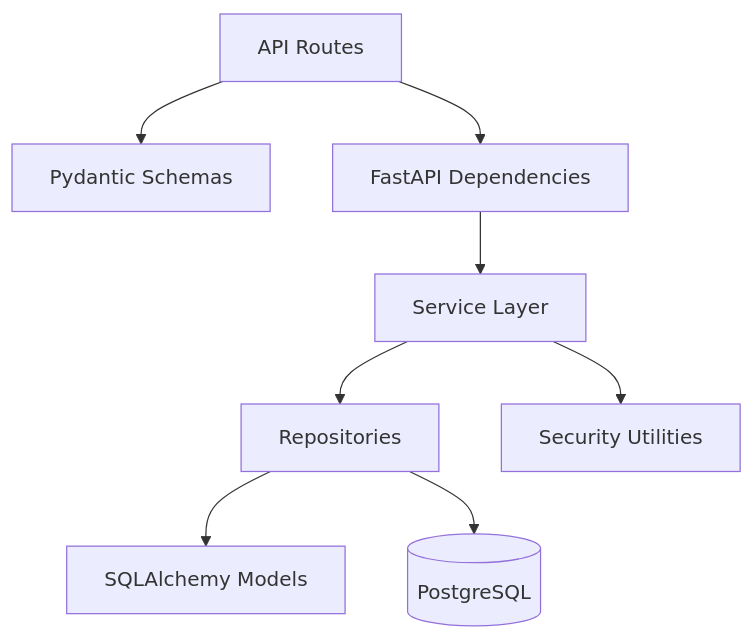
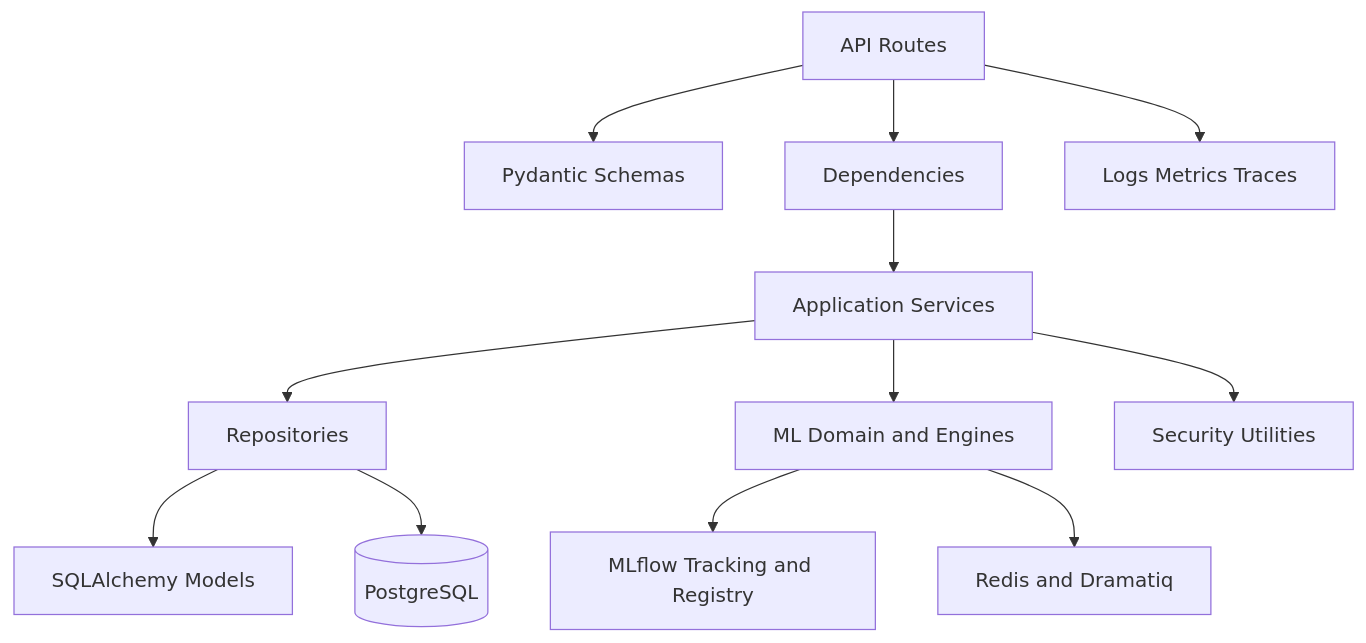
One commit to fariskishtah/enterprise-ai-platform changed the second of 10 diagrams in docs/architecture.md. Above: the diagram before and after it, drawn with Mermaid. The commit also changed other lines of this file and 3 other files, not shown here.

````diff
--- a/docs/architecture.md
+++ b/docs/architecture.md
@@ -49,10 +103,14 @@
 ```mermaid
 flowchart TB
     Routes[API Routes] --> Schemas[Pydantic Schemas]
-    Routes --> Dependencies[FastAPI Dependencies]
-    Dependencies --> Services[Service Layer]
+    Routes --> Dependencies[Dependencies]
+    Dependencies --> Services[Application Services]
     Services --> Repositories[Repositories]
     Repositories --> Models[SQLAlchemy Models]
     Repositories --> Database[(PostgreSQL)]
+    Services --> MLDomain[ML Domain and Engines]
+    MLDomain --> Tracking[MLflow Tracking and Registry]
+    MLDomain --> Queues[Redis and Dramatiq]
     Services --> Utils[Security Utilities]
+    Routes --> Observability[Logs Metrics Traces]
 ```
````
